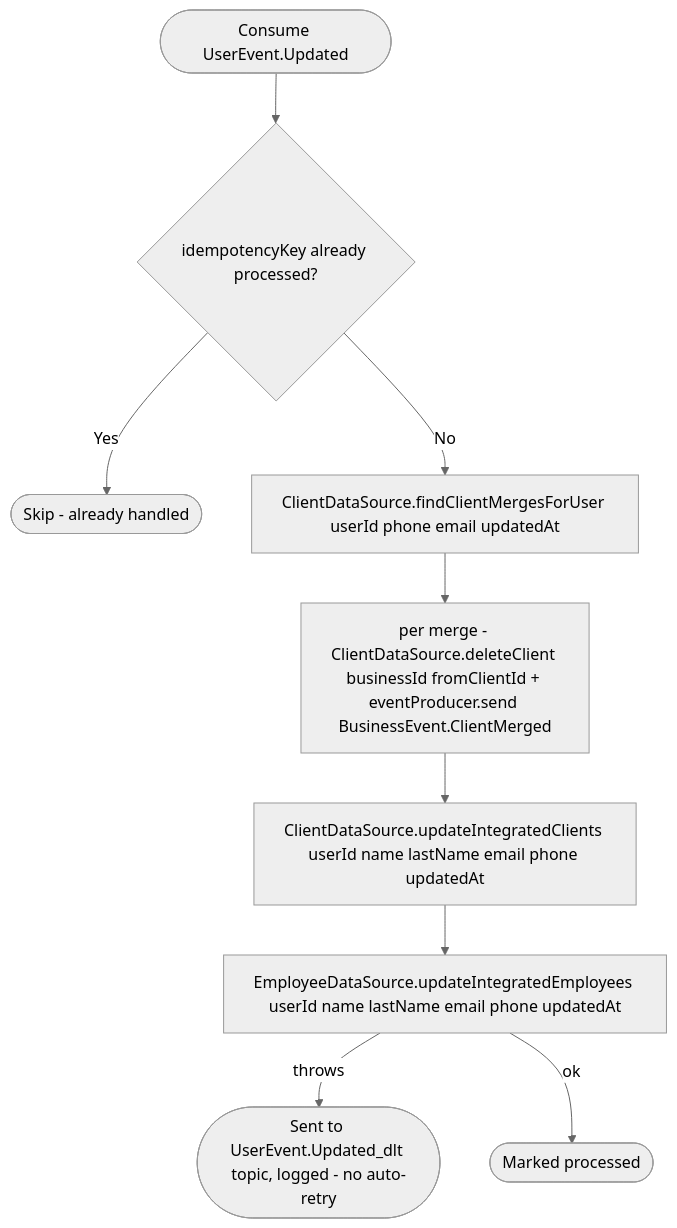
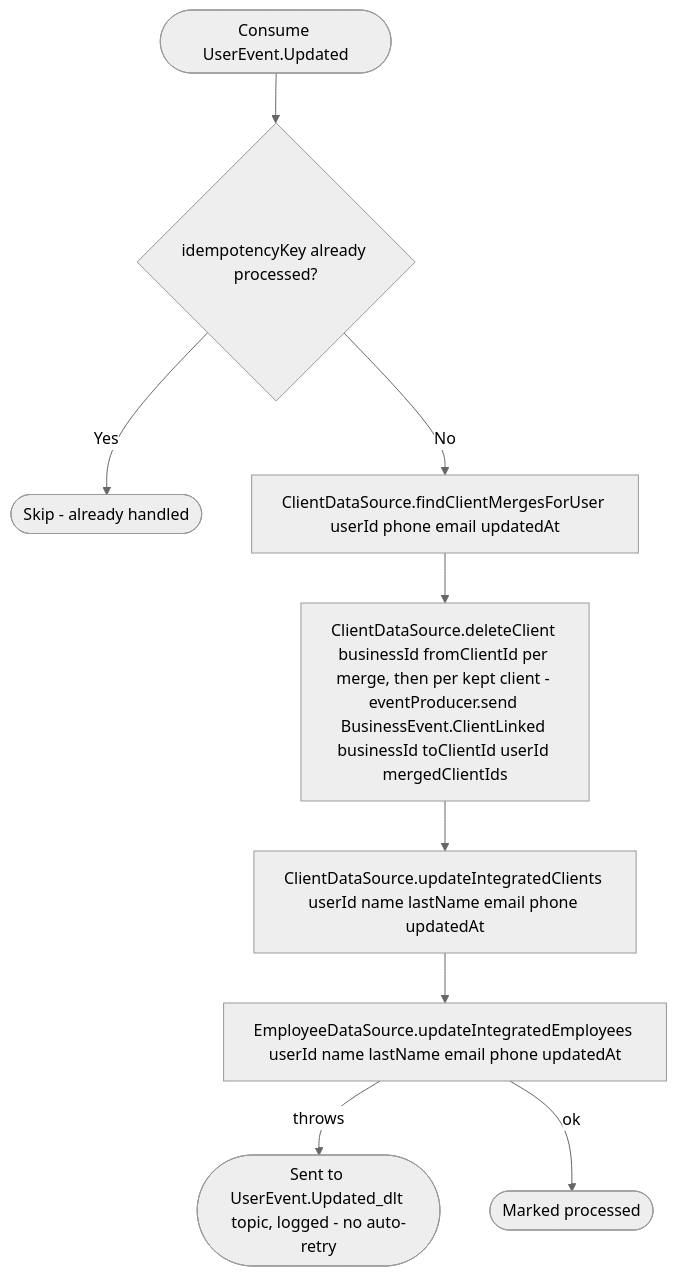
One commit to nocturneproperties/bookkme changed the diagram in docs/operations/business/on-user-updated.md. Above: the diagram before and after it, drawn with Mermaid (neutral theme). The commit also changed other lines of this file and 90 other files, not shown here.

````diff
--- a/docs/operations/business/on-user-updated.md
+++ b/docs/operations/business/on-user-updated.md
@@ -24,11 +26,11 @@
 ```mermaid
 flowchart TD
     Start([Consume UserEvent.Updated]) --> Dedup{idempotencyKey already processed?}
     Dedup -- Yes --> Skip([Skip - already handled])
     Dedup -- No --> Find[ClientDataSource.findClientMergesForUser userId phone email updatedAt]
-    Find --> Merge[per merge - ClientDataSource.deleteClient businessId fromClientId + eventProducer.send BusinessEvent.ClientMerged]
+    Find --> Merge["ClientDataSource.deleteClient businessId fromClientId per merge, then per kept client - eventProducer.send BusinessEvent.ClientLinked businessId toClientId userId mergedClientIds"]
     Merge --> UpdClients[ClientDataSource.updateIntegratedClients userId name lastName email phone updatedAt]
     UpdClients --> UpdEmployees[EmployeeDataSource.updateIntegratedEmployees userId name lastName email phone updatedAt]
     UpdEmployees -- throws --> Dlt([Sent to UserEvent.Updated_dlt topic, logged - no auto-retry])
     UpdEmployees -- ok --> Ack([Marked processed])
 ```
````
